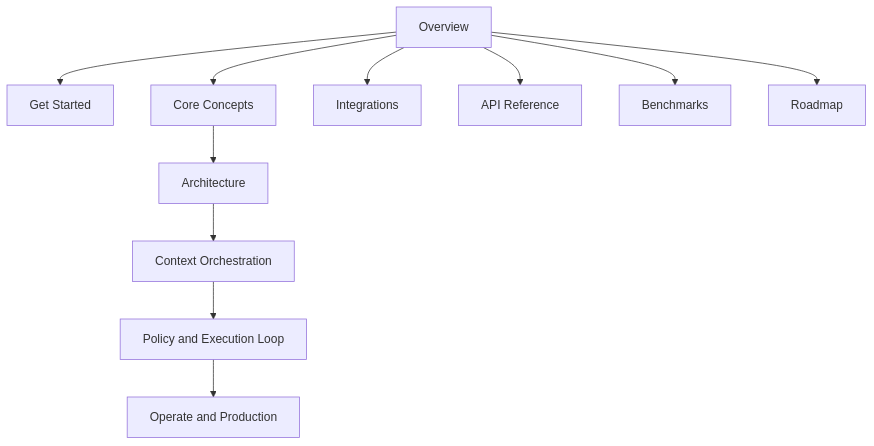
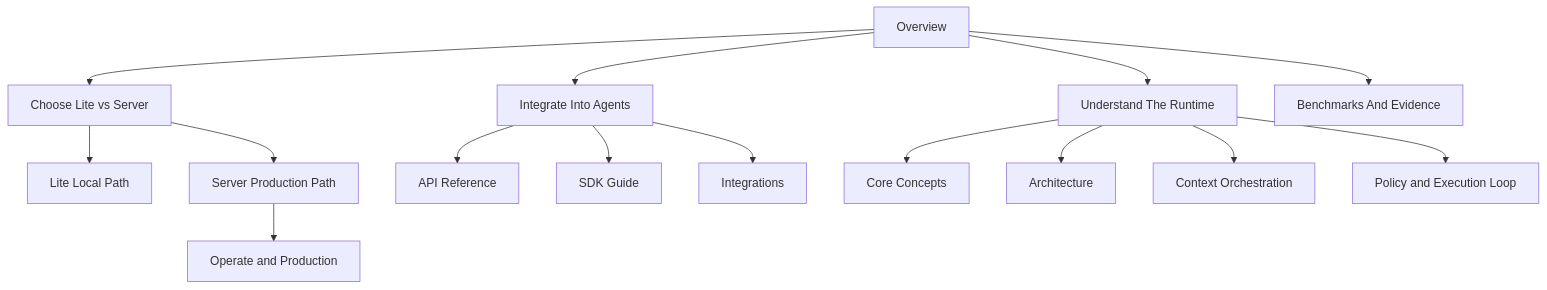
One commit to Cognary/Aionis changed the diagram in docs/public/en/overview/02-docs-navigation.md. Above: the diagram before and after it, drawn with Mermaid. The commit also changed other lines of this file and 34 other files, not shown here.

````diff
--- a/docs/public/en/overview/02-docs-navigation.md
+++ b/docs/public/en/overview/02-docs-navigation.md
@@ -32,13 +48,17 @@
 ```mermaid
 flowchart TD
-  A["Overview"] --> B["Get Started"]
-  A --> C["Core Concepts"]
-  C --> D["Architecture"]
-  D --> E["Context Orchestration"]
-  E --> F["Policy and Execution Loop"]
-  F --> G["Operate and Production"]
-  A --> H["Integrations"]
-  A --> I["API Reference"]
-  A --> J["Benchmarks"]
-  A --> K["Roadmap"]
+  A["Overview"] --> B["Choose Lite vs Server"]
+  B --> C["Lite Local Path"]
+  B --> D["Server Production Path"]
+  A --> E["Integrate Into Agents"]
+  E --> F["API Reference"]
+  E --> G["SDK Guide"]
+  E --> H["Integrations"]
+  A --> I["Understand The Runtime"]
+  I --> J["Core Concepts"]
+  I --> K["Architecture"]
+  I --> L["Context Orchestration"]
+  I --> M["Policy and Execution Loop"]
+  A --> N["Benchmarks And Evidence"]
+  D --> O["Operate and Production"]
 ```
````
